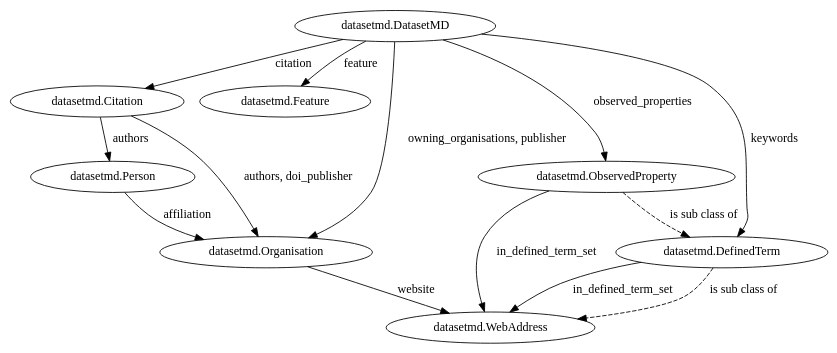
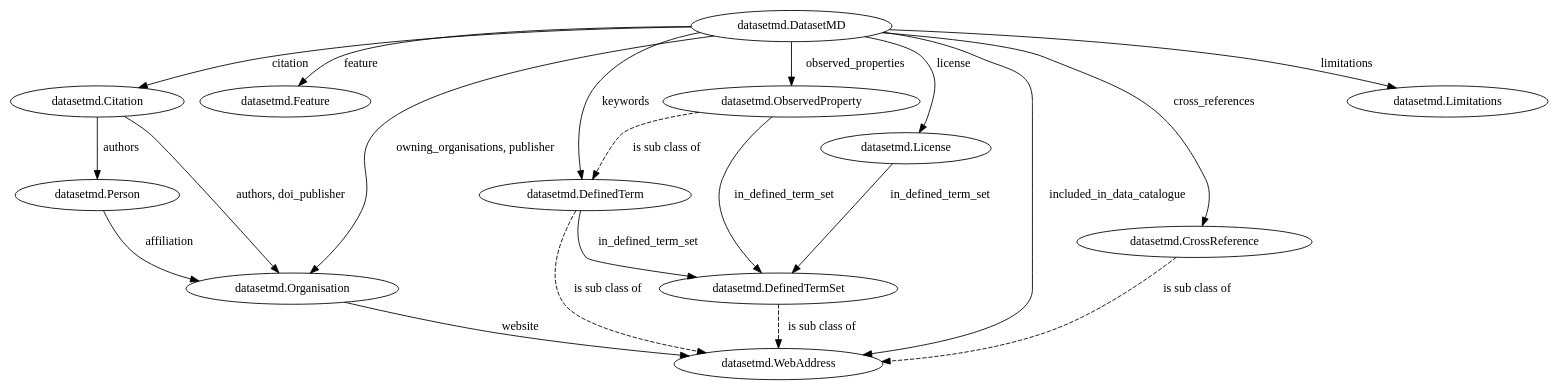
The diagram in docs/modules.rst (adamml/DatasetMetadata), drawn with Graphviz before and after one commit. The commit also changed other lines of this file and 7 other files, not shown here.

Commit message:
Added Schema.org export

```diff
--- a/docs/modules.rst
+++ b/docs/modules.rst
@@ -7,17 +7,24 @@
 .. graphviz::
 
    digraph foo {
       "datasetmd.DatasetMD" -> "datasetmd.Citation" [label="citation"];
 	  "datasetmd.DatasetMD" -> "datasetmd.Feature" [label="feature"];
 	  "datasetmd.DatasetMD" -> "datasetmd.Organisation" [label="owning_organisations, publisher"];
 	  "datasetmd.DatasetMD" -> "datasetmd.ObservedProperty" [label="observed_properties"];
 	  "datasetmd.DatasetMD" -> "datasetmd.DefinedTerm" [label="keywords"];
-	  "datasetmd.ObservedProperty" -> "datasetmd.WebAddress" [label="in_defined_term_set"];
-	  "datasetmd.DefinedTerm" -> "datasetmd.WebAddress" [label="in_defined_term_set"];
+	  "datasetmd.DefinedTerm" -> "datasetmd.DefinedTermSet" [label="in_defined_term_set"];
 	  "datasetmd.Organisation" -> "datasetmd.WebAddress" [label="website"];
 	  "datasetmd.Citation" -> "datasetmd.Organisation" [label="authors, doi_publisher"];
 	  "datasetmd.Citation" -> "datasetmd.Person" [label="authors"];
 	  "datasetmd.Person" -> "datasetmd.Organisation" [label="affiliation"];
 	  "datasetmd.DefinedTerm" -> "datasetmd.WebAddress" [label="is sub class of", style="dashed"];
 	  "datasetmd.ObservedProperty" -> "datasetmd.DefinedTerm" [label="is sub class of", style="dashed"];
+	  "datasetmd.DefinedTermSet" -> "datasetmd.WebAddress" [label="is sub class of", style="dashed"];
+	  "datasetmd.ObservedProperty" -> "datasetmd.DefinedTermSet" [label="in_defined_term_set"];
+	  "datasetmd.DatasetMD" -> "datasetmd.License" [label="license"];
+	  "datasetmd.License" -> "datasetmd.DefinedTermSet" [label="in_defined_term_set"];
+	  "datasetmd.DatasetMD" -> "datasetmd.CrossReference" [label="cross_references"];
+	  "datasetmd.CrossReference" -> "datasetmd.WebAddress" [label="is sub class of", style="dashed"];
+	  "datasetmd.DatasetMD" -> "datasetmd.WebAddress" [label="included_in_data_catalogue"];
+	  "datasetmd.DatasetMD" -> "datasetmd.Limitations" [label="limitations"];
    }
```
